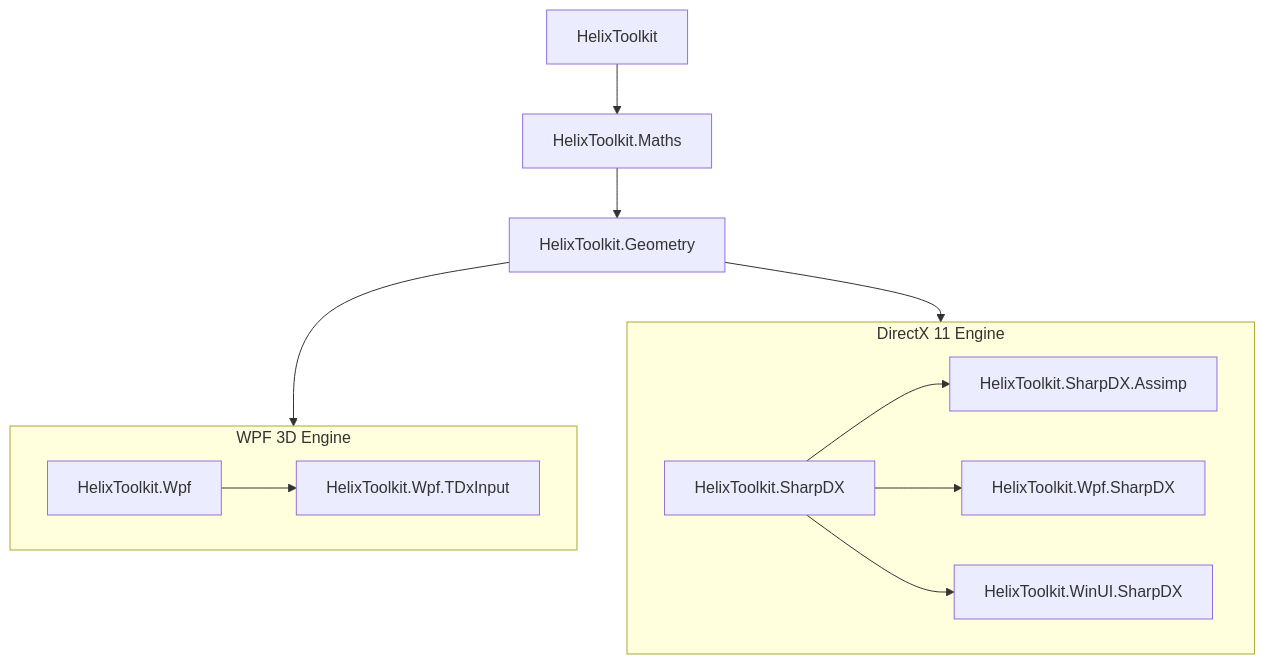
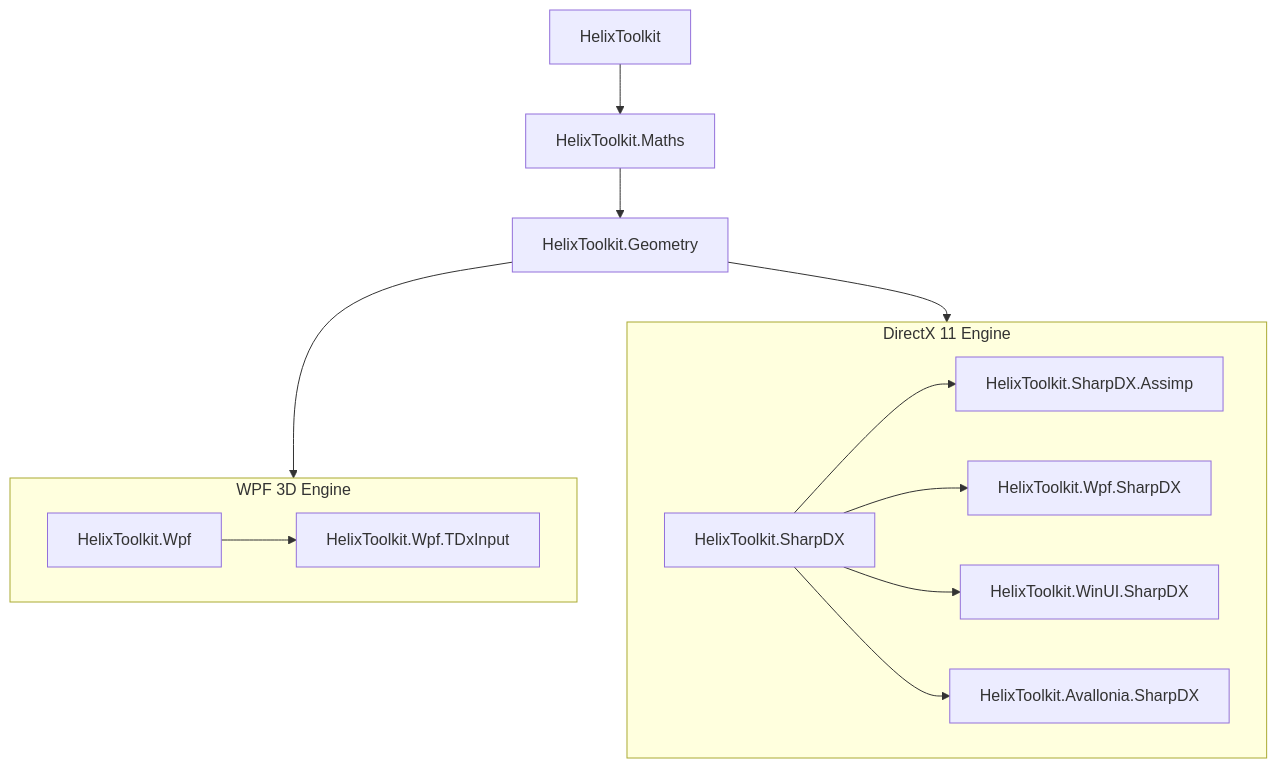
Before and after one commit to helix-toolkit/helix-toolkit: the diagram in README.md, drawn with Mermaid. The commit also changed other lines of this file and 1 other file, not shown here.

````diff
--- a/README.md
+++ b/README.md
@@ -62,21 +65,22 @@
 ```mermaid
 flowchart TD
  subgraph s1["DirectX 11 Engine"]
         n6["HelixToolkit.SharpDX"]
         n7["HelixToolkit.SharpDX.Assimp"]
         n8["HelixToolkit.Wpf.SharpDX"]
         n9["HelixToolkit.WinUI.SharpDX"]
+        n10["HelixToolkit.Avallonia.SharpDX"]
   end
  subgraph s2["WPF 3D Engine"]
-        n10["HelixToolkit.Wpf"]
-        n11["HelixToolkit.Wpf.TDxInput"]
+        n11["HelixToolkit.Wpf"]
+        n12["HelixToolkit.Wpf.TDxInput"]
   end
     hx["HelixToolkit"] --> n1["HelixToolkit.Maths"]
     n1 --> n2["HelixToolkit.Geometry"]
-    n6 --> n7 & n8 & n9
-    n10 --> n11
+    n6 --> n7 & n8 & n9 & n10
+    n11 --> n12
     n2 --> s2
     n2 --> s1
 
     n2@{ shape: rect}
 ```
````
